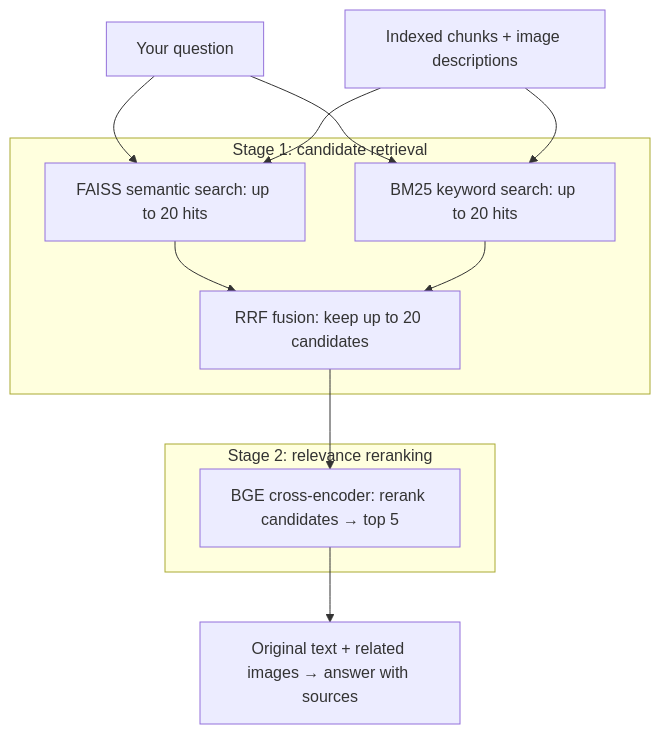
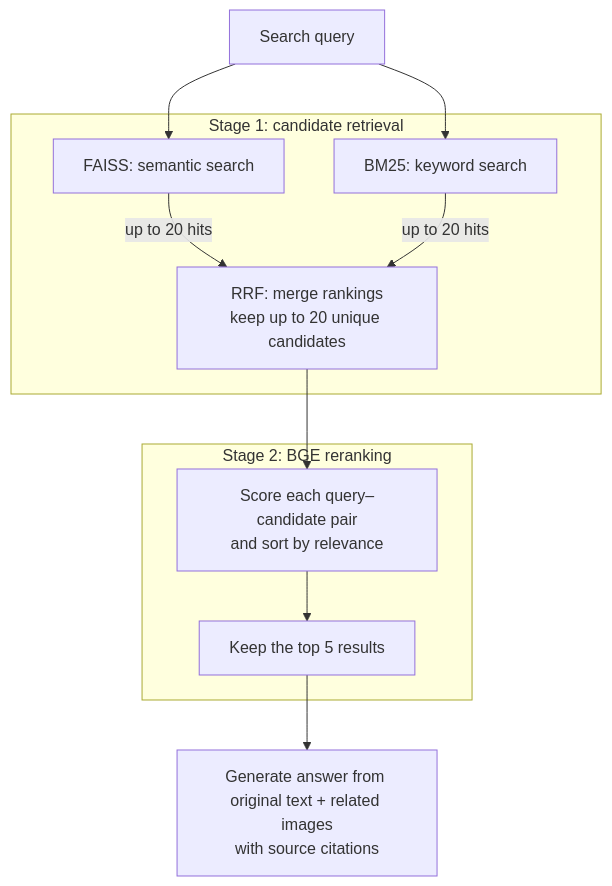
The second of 2 diagrams in README.md (HUSSAMX7/Advanced_RAG), drawn with Mermaid before and after one commit. The commit also changed other lines of this file, not shown here.

Commit message:
docs: simplify chunking diagram and clarify retrieval stages

````diff
--- a/README.md
+++ b/README.md
@@ -38,17 +36,15 @@
 ```mermaid
 flowchart TD
-    D["Indexed chunks + image descriptions"]
-    Q["Your question"] --> Dense
+    Q["Search query"]
+    subgraph Candidates["Stage 1: candidate retrieval"]
+        Dense["FAISS: semantic search"] -->|"up to 20 hits"| F["RRF: merge rankings<br/>keep up to 20 unique candidates"]
+        Lexical["BM25: keyword search"] -->|"up to 20 hits"| F
+    end
+    subgraph Reranking["Stage 2: BGE reranking"]
+        G["Score each query–candidate pair<br/>and sort by relevance"] --> H["Keep the top 5 results"]
+    end
+    Q --> Dense
     Q --> Lexical
-    D --> Dense
-    D --> Lexical
-    subgraph Candidates["Stage 1: candidate retrieval"]
-        Dense["FAISS semantic search: up to 20 hits"] --> F["RRF fusion: keep up to 20 candidates"]
-        Lexical["BM25 keyword search: up to 20 hits"] --> F
-    end
-    subgraph Reranking["Stage 2: relevance reranking"]
-        G["BGE cross-encoder: rerank candidates → top 5"]
-    end
     F --> G
-    G --> H["Original text + related images → answer with sources"]
+    H --> Answer["Generate answer from original text + related images<br/>with source citations"]
 ```
````
